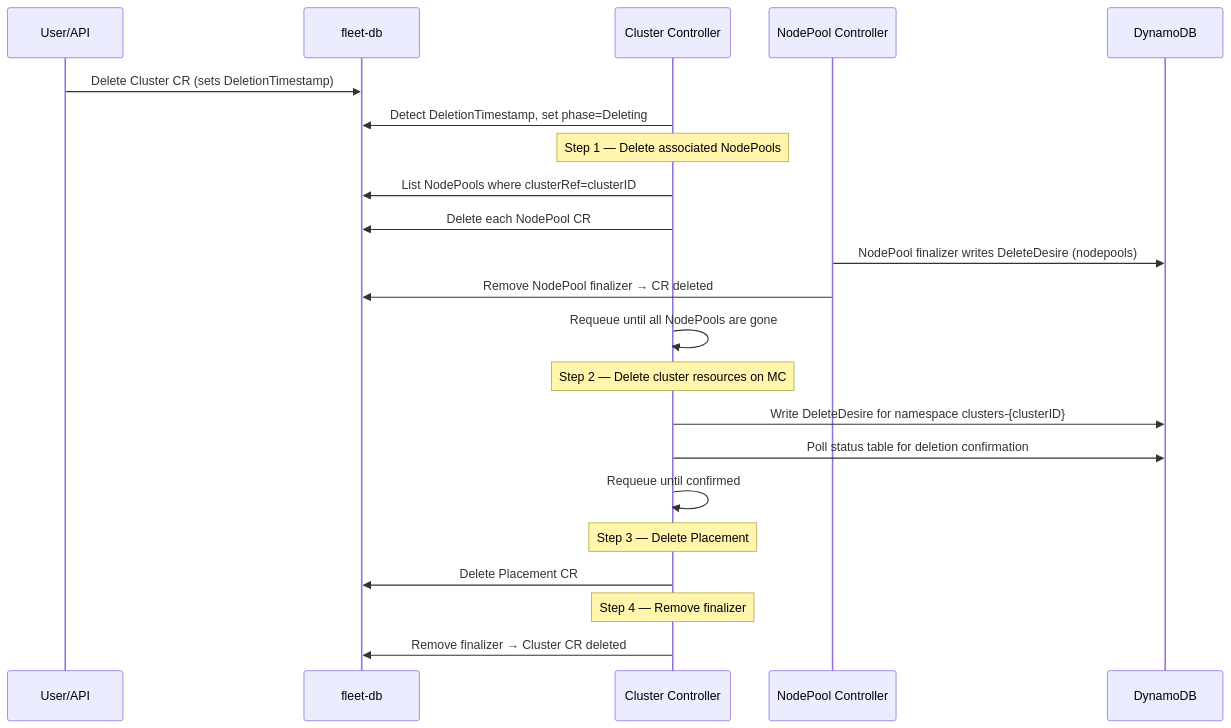
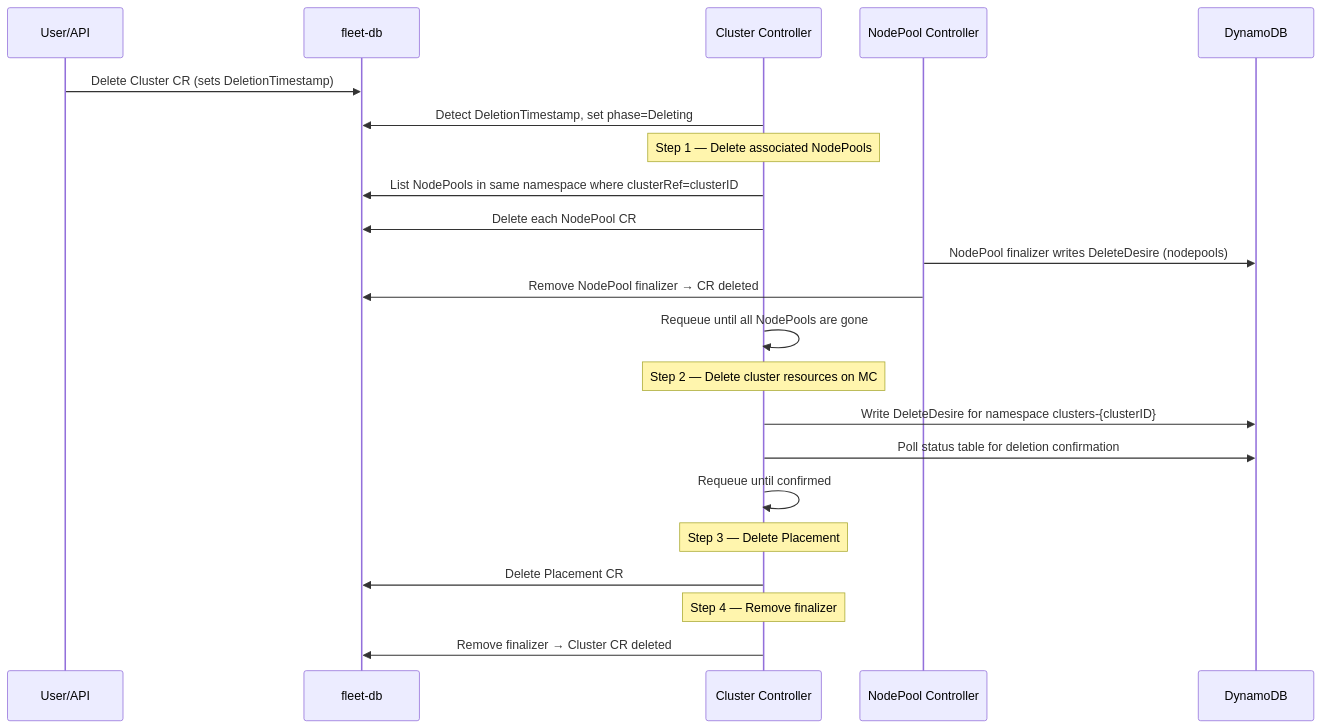
Before and after one commit to typeid/hyperfleet-operator: the second of 2 diagrams in docs/cluster-controller.md, drawn with Mermaid. The commit also changed other lines of this file and 27 other files, not shown here.

````diff
--- a/docs/cluster-controller.md
+++ b/docs/cluster-controller.md
@@ -72,29 +78,29 @@
 ```mermaid
 sequenceDiagram
     participant User as User/API
     participant FDB as fleet-db
     participant CC as Cluster Controller
     participant NPC as NodePool Controller
     participant DDB as DynamoDB
 
     User->>FDB: Delete Cluster CR (sets DeletionTimestamp)
     CC->>FDB: Detect DeletionTimestamp, set phase=Deleting
 
     Note over CC: Step 1 — Delete associated NodePools
-    CC->>FDB: List NodePools where clusterRef=clusterID
+    CC->>FDB: List NodePools in same namespace where clusterRef=clusterID
     CC->>FDB: Delete each NodePool CR
     NPC->>DDB: NodePool finalizer writes DeleteDesire (nodepools)
     NPC->>FDB: Remove NodePool finalizer → CR deleted
     CC->>CC: Requeue until all NodePools are gone
 
     Note over CC: Step 2 — Delete cluster resources on MC
     CC->>DDB: Write DeleteDesire for namespace clusters-{clusterID}
     CC->>DDB: Poll status table for deletion confirmation
     CC->>CC: Requeue until confirmed
 
     Note over CC: Step 3 — Delete Placement
     CC->>FDB: Delete Placement CR
 
     Note over CC: Step 4 — Remove finalizer
     CC->>FDB: Remove finalizer → Cluster CR deleted
 ```
````
